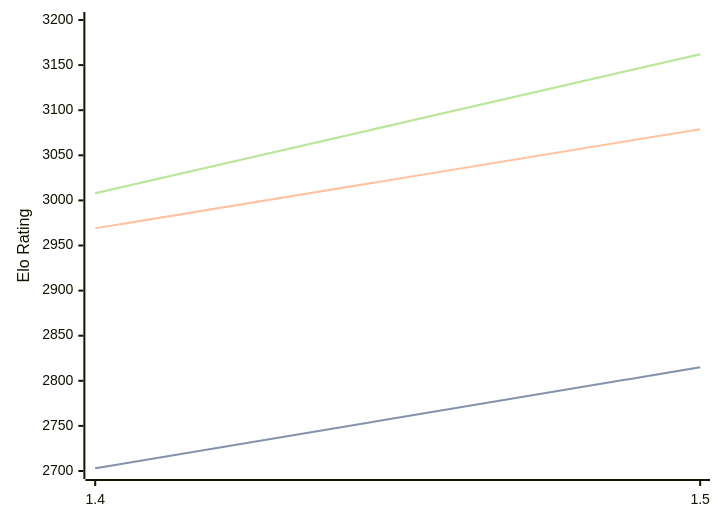
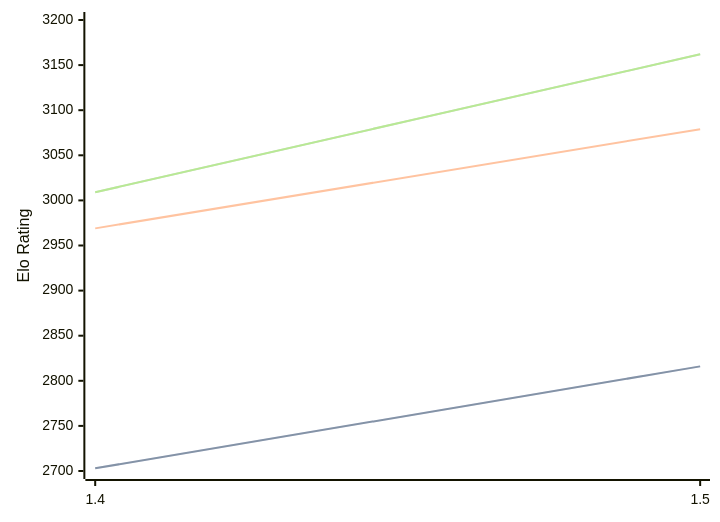
One commit to computer-chess-index/cci changed the diagram in engines/Yakka.md. Above: the diagram before and after it, drawn with Mermaid. The commit also changed other lines of this file, not shown here.

Commit message:
Update CCI Ratings (ELO VLTC) - 2026-05-15

````diff
--- a/engines/Yakka.md
+++ b/engines/Yakka.md
@@ -36,11 +36,11 @@
 ```mermaid
 %%{init: {"theme":"base","themeVariables":{"seriesColors:['#a3a3a3','#222221','#faa371']}}}%%
 xychart-beta
   x-axis ["1.4", "1.5"]
   y-axis "Elo Rating" 2700 --> 3200
-  line "STC (8.0+0.08s)" [2703, 2815]
-  line "STC (8.0+0.08s)" [2703, 2815]
+  line "STC (8.0+0.08s)" [2703, 2816]
+  line "STC (8.0+0.08s)" [2703, 2816]
   line "LTC (60.0+0.60s)" [2969, 3079]
-  line "VLTC (2m24s+1.12s)" [3008, 3162]
-  line "VLTC (2m24s+1.12s)" [3008, 3162]
+  line "VLTC (2m24s+1.12s)" [3009, 3162]
+  line "VLTC (2m24s+1.12s)" [3009, 3162]
 ```
````
